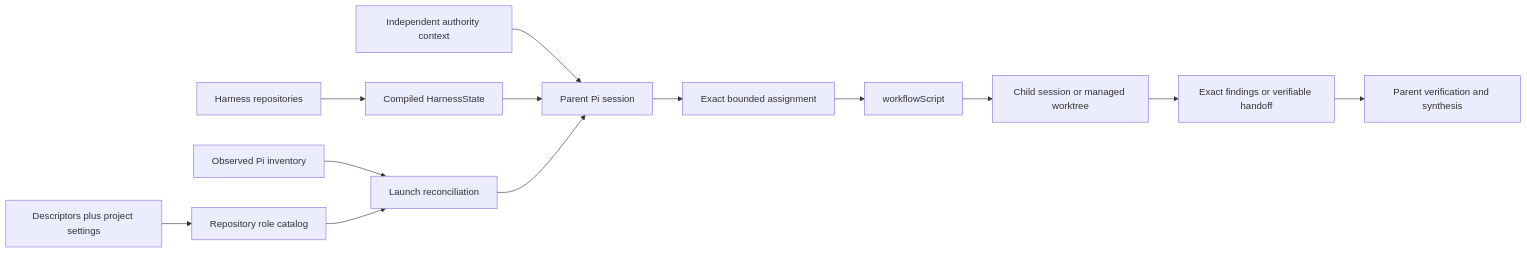
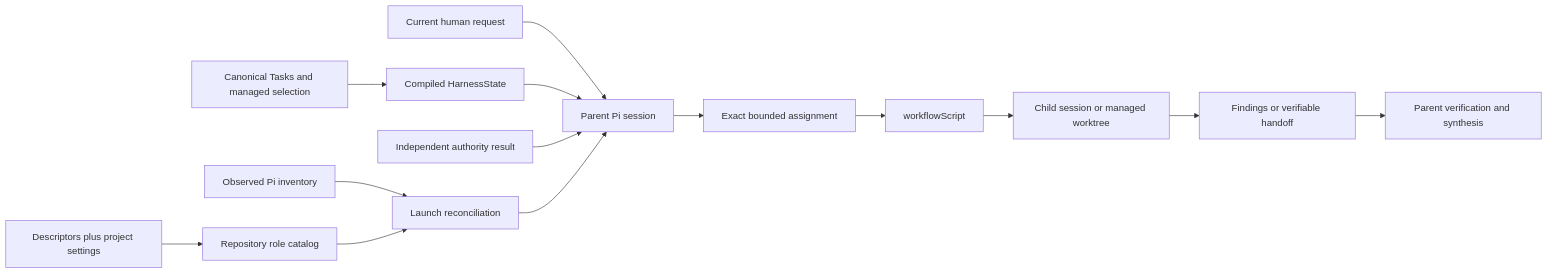
The diagram in docs/architecture/migration/v1-to-v2/pi-harness-subagents.md (eragasa/ksdft2effmass), drawn with Mermaid before and after one commit. The commit also changed other lines of this file and 123 other files, not shown here.

First line of the commit message:
Establish canonical v2 migration task graph

````diff
--- a/docs/architecture/migration/v1-to-v2/pi-harness-subagents.md
+++ b/docs/architecture/migration/v1-to-v2/pi-harness-subagents.md
@@ -86,15 +310,16 @@
 ```mermaid
 flowchart LR
-    repositories["Harness repositories"] --> state["Compiled HarnessState"]
+    request["Current human request"] --> parent["Parent Pi session"]
+    tasks["Canonical Tasks and managed selection"] --> state["Compiled HarnessState"]
+    state --> parent
+    authority["Independent authority result"] --> parent
     roles["Descriptors plus project settings"] --> catalog["Repository role catalog"]
     pi["Observed Pi inventory"] --> reconcile["Launch reconciliation"]
     catalog --> reconcile
-    authority["Independent authority context"] --> parent["Parent Pi session"]
-    state --> parent
     reconcile --> parent
     parent --> assignment["Exact bounded assignment"]
     assignment --> workflow["workflowScript"]
     workflow --> child["Child session or managed worktree"]
-    child --> result["Exact findings or verifiable handoff"]
+    child --> result["Findings or verifiable handoff"]
     result --> verification["Parent verification and synthesis"]
 ```
````
